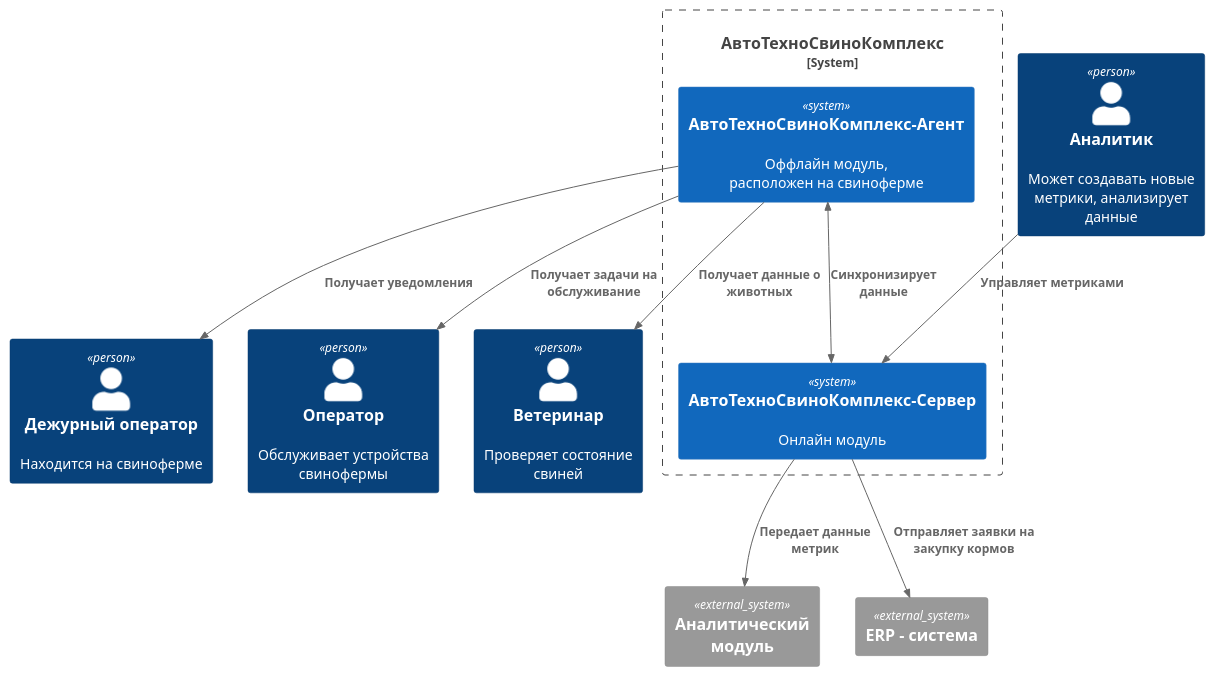
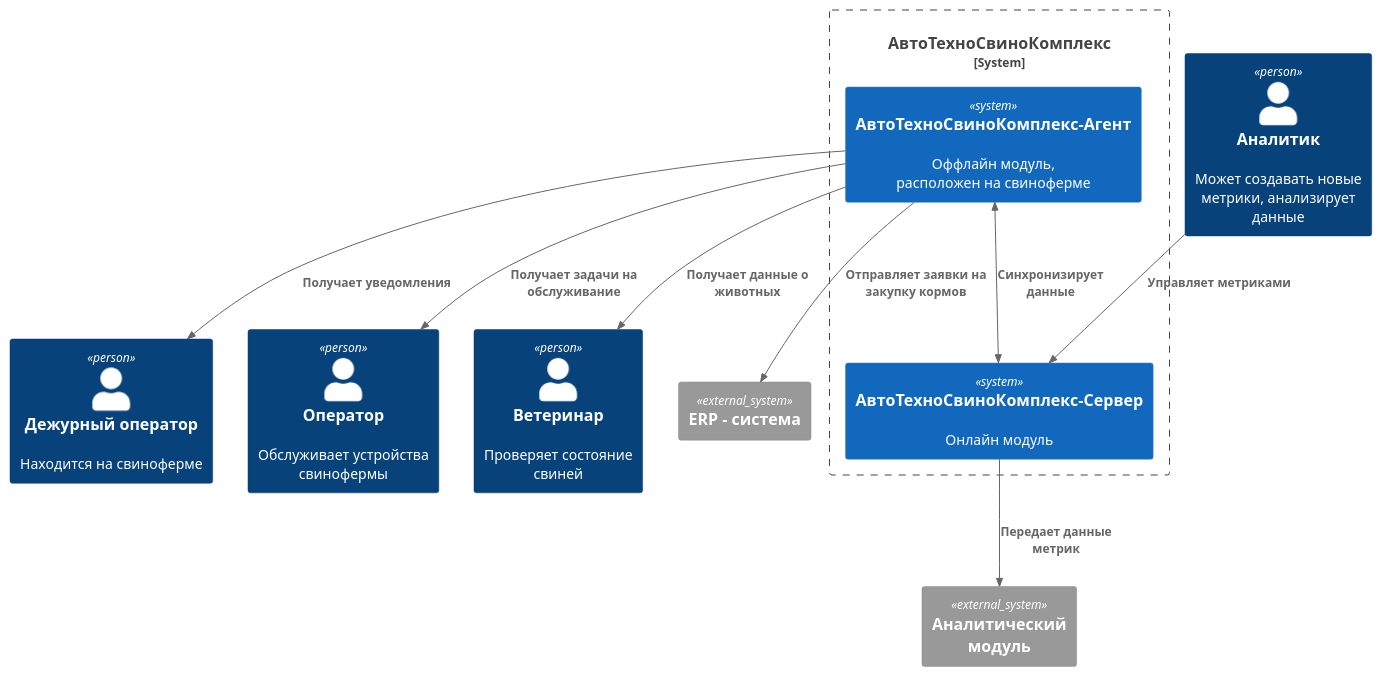
Before and after one commit to mirray/MSA-AgroTech: the diagram in Task1/ATCK_C4_Context_alternative.puml, drawn with PlantUML. The commit also changed 2 other files, not shown here.

```diff
--- a/Task1/ATCK_C4_Context_alternative.puml
+++ b/Task1/ATCK_C4_Context_alternative.puml
@@ -1,23 +1,23 @@
 @startuml Архитектура_АвтоТехноСвиноКомплекс_v1_Альтернативное_Решение
 !include  <C4/C4_Context>
 Person(duty_operator, "Дежурный оператор", "Находится на свиноферме")
 Person(analytic, "Аналитик", "Может создавать новые метрики, анализирует данные")
 Person(operator, "Оператор", "Обслуживает устройства свинофермы")
 Person(vet, "Ветеринар", "Проверяет состояние свиней")
 
 System_Boundary(atck, "АвтоТехноСвиноКомплекс"){
     System(atck_agent, "АвтоТехноСвиноКомплекс-Агент", "Оффлайн модуль, расположен на свиноферме")
     System(atck_server, "АвтоТехноСвиноКомплекс-Сервер", "Онлайн модуль")
     BiRel(atck_agent, atck_server, "Синхронизирует данные")
 }
 
 System_Ext(analytic_module, "Аналитический модуль")
 System_Ext(erp, "ERP - система")
 
 Rel(atck_agent, duty_operator, "Получает уведомления")
 Rel(atck_agent, operator, "Получает задачи на обслуживание")
 Rel(atck_agent, vet, "Получает данные о животных")
 Rel(analytic, atck_server, "Управляет метриками")
 Rel(atck_server, analytic_module, "Передает данные метрик")
-Rel(atck_server, erp, "Отправляет заявки на закупку кормов")
+Rel(atck_agent, erp, "Отправляет заявки на закупку кормов")
 @enduml
```
